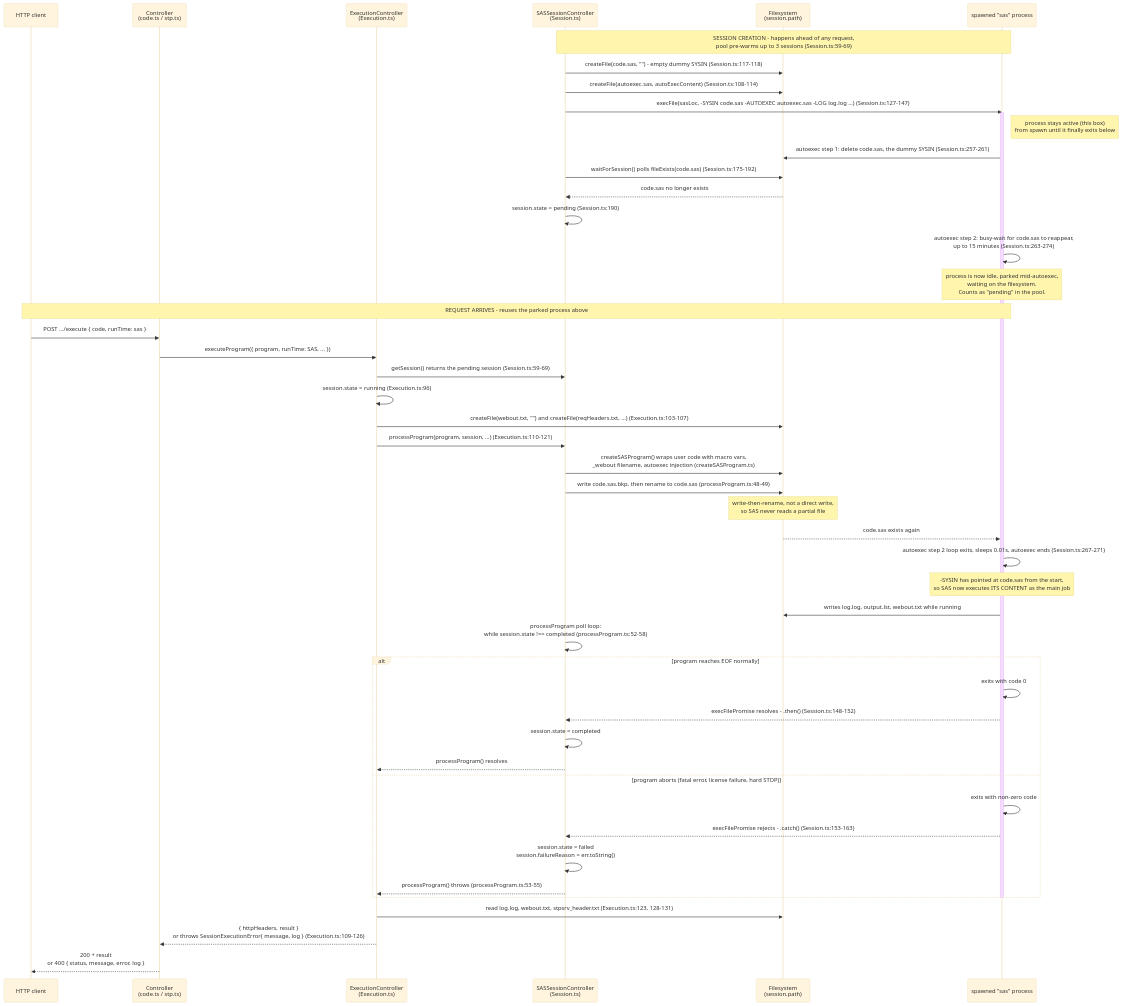
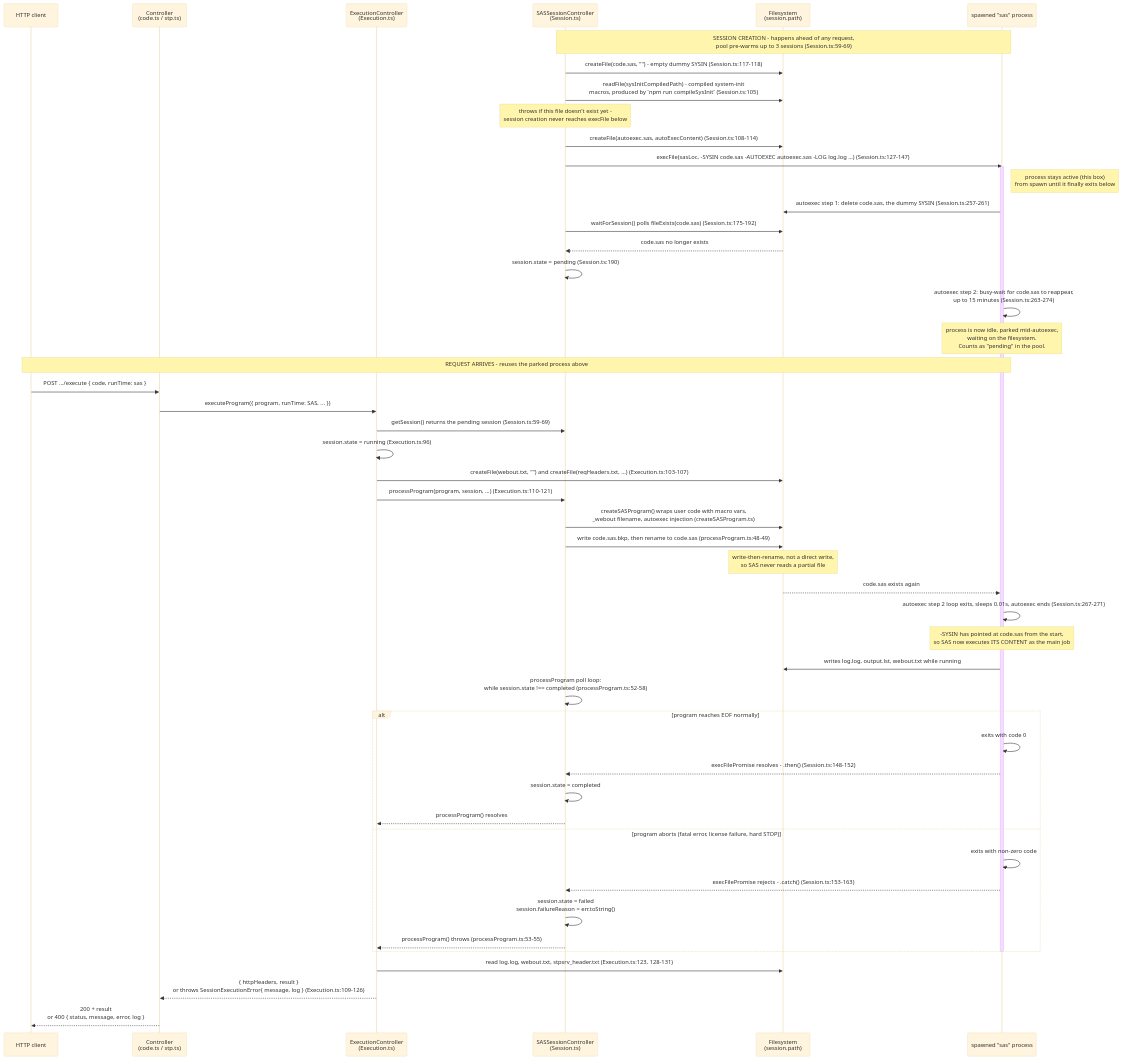
Before and after one commit to sasjs/server: the diagram in api/docs/diagrams/sas-execution-handshake.md, drawn with Mermaid (base theme). The commit also changed 1 other file, not shown here.

Commit message:
fix: fix code.spec.ts failing on a fresh checkout (CI)

````diff
--- a/api/docs/diagrams/sas-execution-handshake.md
+++ b/api/docs/diagrams/sas-execution-handshake.md
@@ -8,57 +8,59 @@
 ```mermaid
 sequenceDiagram
     participant Client as HTTP client
     participant Ctrl as Controller<br/>(code.ts / stp.ts)
     participant Exec as ExecutionController<br/>(Execution.ts)
     participant Pool as SASSessionController<br/>(Session.ts)
     participant FS as Filesystem<br/>(session.path)
     participant SAS as spawned "sas" process
 
     Note over Pool,SAS: SESSION CREATION - happens ahead of any request,<br/>pool pre-warms up to 3 sessions (Session.ts:59-69)
     Pool->>FS: createFile(code.sas, "") - empty dummy SYSIN (Session.ts:117-118)
+    Pool->>FS: readFile(sysInitCompiledPath) - compiled system-init<br/>macros, produced by `npm run compileSysInit` (Session.ts:105)
+    Note over Pool: throws if this file doesn't exist yet -<br/>session creation never reaches execFile below
     Pool->>FS: createFile(autoexec.sas, autoExecContent) (Session.ts:108-114)
     Pool->>SAS: execFile(sasLoc, -SYSIN code.sas -AUTOEXEC autoexec.sas -LOG log.log ...) (Session.ts:127-147)
     activate SAS
     Note right of SAS: process stays active (this box)<br/>from spawn until it finally exits below
     SAS->>FS: autoexec step 1: delete code.sas, the dummy SYSIN (Session.ts:257-261)
     Pool->>FS: waitForSession() polls fileExists(code.sas) (Session.ts:175-192)
     FS-->>Pool: code.sas no longer exists
     Pool->>Pool: session.state = pending (Session.ts:190)
     SAS->>SAS: autoexec step 2: busy-wait for code.sas to reappear,<br/>up to 15 minutes (Session.ts:263-274)
     Note over SAS: process is now idle, parked mid-autoexec,<br/>waiting on the filesystem.<br/>Counts as "pending" in the pool.
 
     Note over Client,SAS: REQUEST ARRIVES - reuses the parked process above
     Client->>Ctrl: POST .../execute { code, runTime: sas }
     Ctrl->>Exec: executeProgram({ program, runTime: SAS, ... })
     Exec->>Pool: getSession() returns the pending session (Session.ts:59-69)
     Exec->>Exec: session.state = running (Execution.ts:96)
     Exec->>FS: createFile(webout.txt, "") and createFile(reqHeaders.txt, ...) (Execution.ts:103-107)
     Exec->>Pool: processProgram(program, session, ...) (Execution.ts:110-121)
     Pool->>FS: createSASProgram() wraps user code with macro vars,<br/>_webout filename, autoexec injection (createSASProgram.ts)
     Pool->>FS: write code.sas.bkp, then rename to code.sas (processProgram.ts:48-49)
     Note over FS: write-then-rename, not a direct write,<br/>so SAS never reads a partial file
 
     FS-->>SAS: code.sas exists again
     SAS->>SAS: autoexec step 2 loop exits, sleeps 0.01s, autoexec ends (Session.ts:267-271)
     Note over SAS: -SYSIN has pointed at code.sas from the start,<br/>so SAS now executes ITS CONTENT as the main job
     SAS->>FS: writes log.log, output.lst, webout.txt while running
 
     Pool->>Pool: processProgram poll loop:<br/>while session.state !== completed (processProgram.ts:52-58)
 
     alt program reaches EOF normally
         SAS->>SAS: exits with code 0
         SAS-->>Pool: execFilePromise resolves - .then() (Session.ts:148-152)
         Pool->>Pool: session.state = completed
         Pool-->>Exec: processProgram() resolves
     else program aborts (fatal error, license failure, hard STOP)
         SAS->>SAS: exits with non-zero code
         SAS-->>Pool: execFilePromise rejects - .catch() (Session.ts:153-163)
         Pool->>Pool: session.state = failed<br/>session.failureReason = err.toString()
         Pool-->>Exec: processProgram() throws (processProgram.ts:53-55)
     end
     deactivate SAS
 
     Exec->>FS: read log.log, webout.txt, stpsrv_header.txt (Execution.ts:123, 128-131)
     Exec-->>Ctrl: { httpHeaders, result }<br/>or throws SessionExecutionError{ message, log } (Execution.ts:109-126)
     Ctrl-->>Client: 200 + result<br/>or 400 { status, message, error, log }
 ```
````
